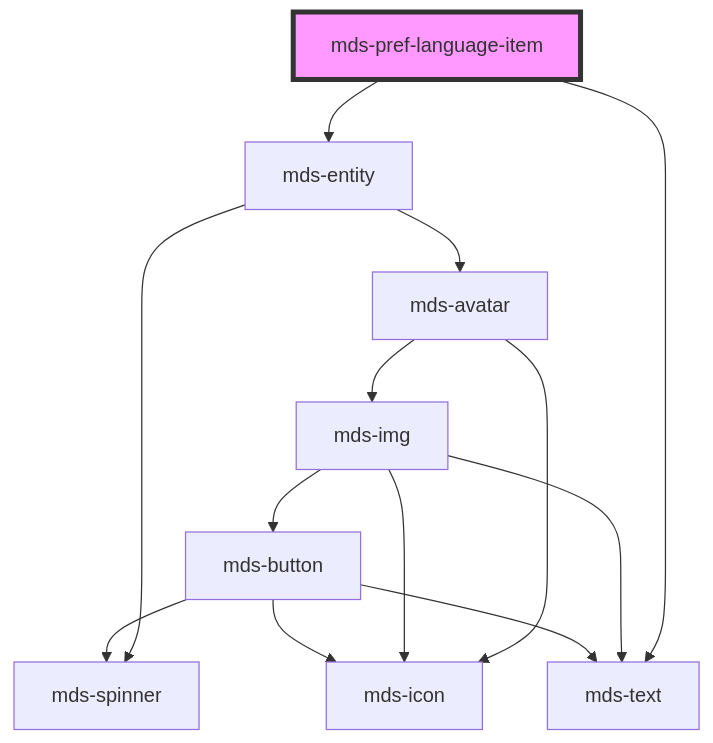
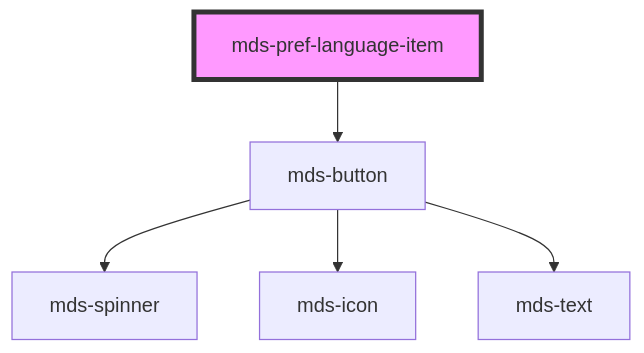
The diagram in projects/stencil/src/components/mds-pref-language-item/readme.md (magma-design-system/magma), drawn with Mermaid before and after one commit. The commit also changed other lines of this file and 8 other files, not shown here.

Commit message:
feat(mds-pref-language): add components draft

````diff
--- a/projects/stencil/src/components/mds-pref-language-item/readme.md
+++ b/projects/stencil/src/components/mds-pref-language-item/readme.md
@@ -23,16 +30,8 @@
 ```mermaid
 graph TD;
-  mds-pref-language-item --> mds-entity
-  mds-pref-language-item --> mds-text
-  mds-entity --> mds-spinner
-  mds-entity --> mds-avatar
-  mds-avatar --> mds-img
-  mds-avatar --> mds-icon
-  mds-img --> mds-icon
-  mds-img --> mds-text
-  mds-img --> mds-button
+  mds-pref-language-item --> mds-button
   mds-button --> mds-spinner
   mds-button --> mds-icon
   mds-button --> mds-text
   style mds-pref-language-item fill:#f9f,stroke:#333,stroke-width:4px
 ```
````
